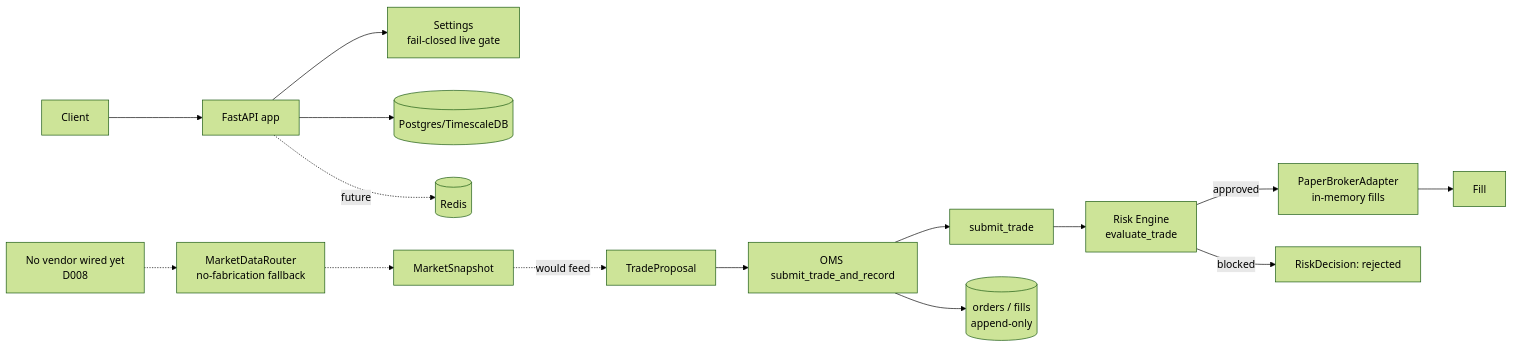
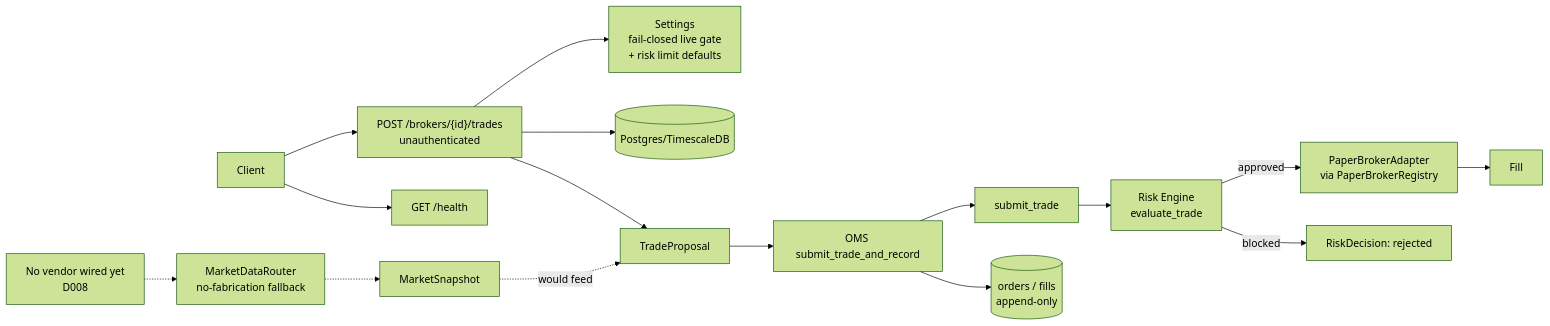
The first of 2 diagrams in docs/ARCHITECTURE.md (Freedomwelathlab/Trading-Agents), drawn with Mermaid (forest theme) before and after one commit. The commit also changed other lines of this file and 19 other files, not shown here.

````diff
--- a/docs/ARCHITECTURE.md
+++ b/docs/ARCHITECTURE.md
@@ -5,19 +5,20 @@
 ```mermaid
 flowchart LR
-    client[Client] --> api[FastAPI app]
-    api --> settings[Settings\nfail-closed live gate]
-    api --> db[(Postgres/TimescaleDB)]
-    api -.future.-> redis[(Redis)]
+    client[Client] --> route["POST /brokers/{id}/trades\nunauthenticated"]
+    client --> health[GET /health]
+    route --> settings[Settings\nfail-closed live gate\n+ risk limit defaults]
+    route --> db[(Postgres/TimescaleDB)]
 
     vendors[No vendor wired yet\nD008] -.-> router[MarketDataRouter\nno-fabrication fallback]
     router -.-> snapshot[MarketSnapshot]
     snapshot -.would feed.-> proposal
 
     proposal[TradeProposal] --> persist[OMS submit_trade_and_record]
     persist --> oms[submit_trade]
     oms --> risk[Risk Engine\nevaluate_trade]
-    risk -->|approved| broker[PaperBrokerAdapter\nin-memory fills]
+    risk -->|approved| broker[PaperBrokerAdapter\nvia PaperBrokerRegistry]
     risk -->|blocked| rejected[RiskDecision: rejected]
     broker --> fill[Fill]
     persist --> orders[(orders / fills\nappend-only)]
+    route --> proposal
 ```
````
